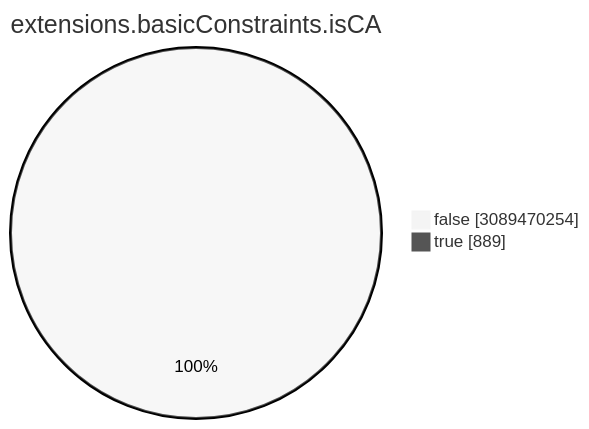
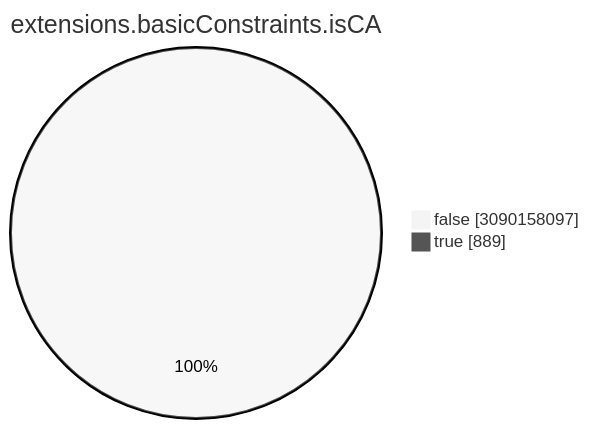
One commit to christiankrug/ctmonitor_visualization changed the seventh of 15 diagrams in TOTAL/README.md. Above: the diagram before and after it, drawn with Mermaid (neutral theme). The commit also changed other lines of this file, not shown here.

````diff
--- a/TOTAL/README.md
+++ b/TOTAL/README.md
@@ -3086,6 +3086,6 @@
 ```mermaid
 pie showData
 title extensions.basicConstraints.isCA
-"false" :3089470254
+"false" :3090158097
 "true" :889
 ```
````
